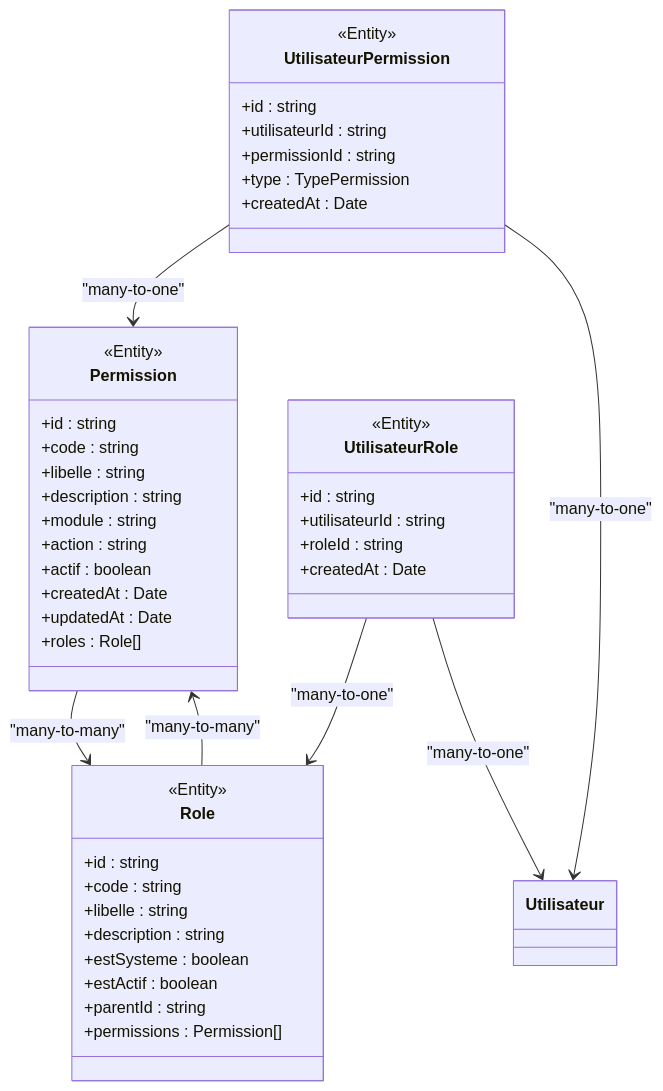
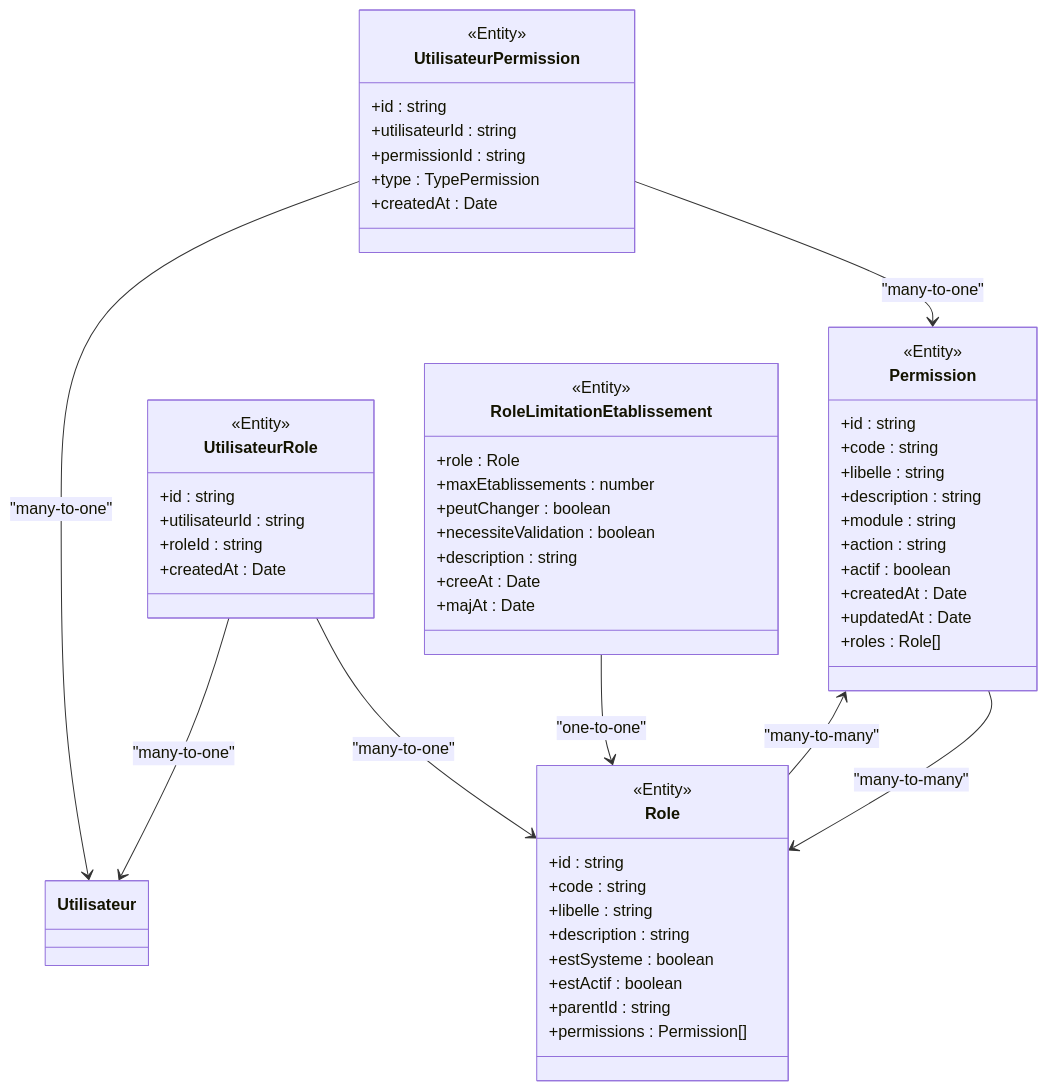
The third of 6 diagrams in .qoder/repowiki/en/content/Authentication & Authorization/Role-Based Access Control.md (franckylab/eLISAschool), drawn with Mermaid before and after one commit. The commit also changed other lines of this file and 67 other files, not shown here.

````diff
--- a/.qoder/repowiki/en/content/Authentication & Authorization/Role-Based Access Control.md
+++ b/.qoder/repowiki/en/content/Authentication & Authorization/Role-Based Access Control.md
@@ -185,48 +214,59 @@
 ```mermaid
 classDiagram
 class Permission {
 <<Entity>>
 +id : string
 +code : string
 +libelle : string
 +description : string
 +module : string
 +action : string
 +actif : boolean
 +createdAt : Date
 +updatedAt : Date
 +roles : Role[]
 }
 class Role {
 <<Entity>>
 +id : string
 +code : string
 +libelle : string
 +description : string
 +estSysteme : boolean
 +estActif : boolean
 +parentId : string
 +permissions : Permission[]
 }
 class UtilisateurPermission {
 <<Entity>>
 +id : string
 +utilisateurId : string
 +permissionId : string
 +type : TypePermission
 +createdAt : Date
 }
 class UtilisateurRole {
 <<Entity>>
 +id : string
 +utilisateurId : string
 +roleId : string
 +createdAt : Date
 }
+class RoleLimitationEtablissement {
+<<Entity>>
++role : Role
++maxEtablissements : number
++peutChanger : boolean
++necessiteValidation : boolean
++description : string
++creeAt : Date
++majAt : Date
+}
 Permission --> Role : "many-to-many"
 Role --> Permission : "many-to-many"
 UtilisateurPermission --> Permission : "many-to-one"
 UtilisateurPermission --> Utilisateur : "many-to-one"
 UtilisateurRole --> Role : "many-to-one"
 UtilisateurRole --> Utilisateur : "many-to-one"
+RoleLimitationEtablissement --> Role : "one-to-one"
 ```
````
